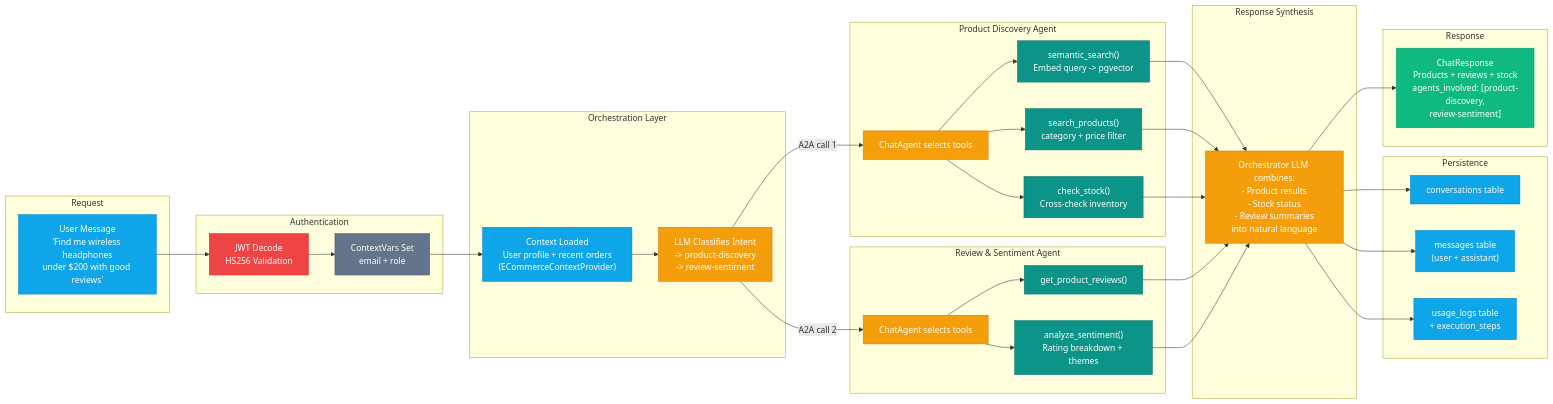
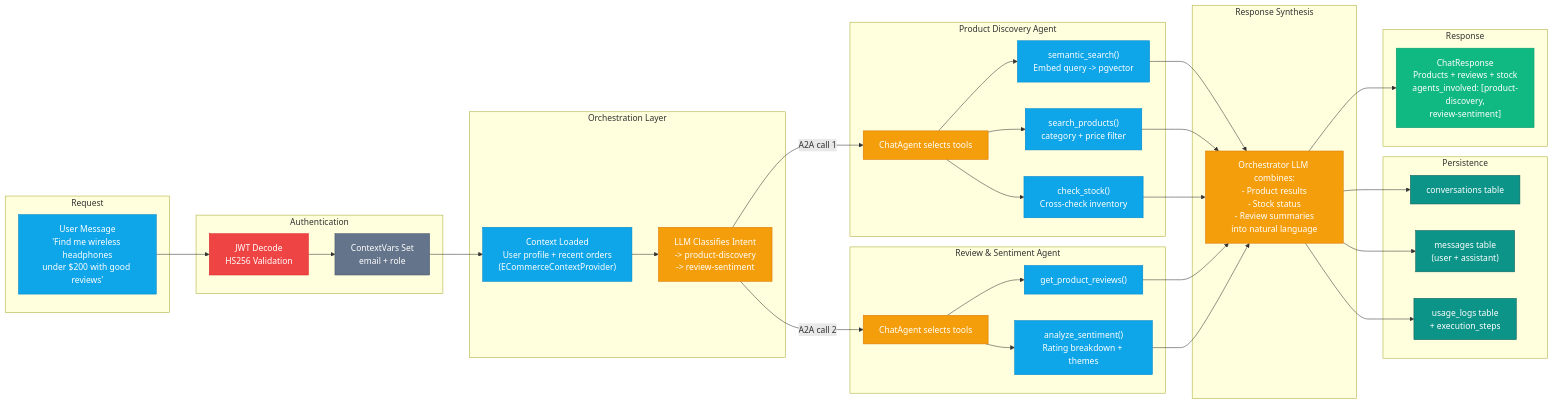
One commit to nitin27may/e-commerce-agents changed the seventh of 7 diagrams in docs/architecture.md. Above: the diagram before and after it, drawn with Mermaid. The commit also changed other lines of this file and 7 other files, not shown here.

````diff
--- a/docs/architecture.md
+++ b/docs/architecture.md
@@ -425,15 +425,15 @@
     style CTX_LOAD fill:#0ea5e9,stroke:#0284c7,color:#fff
     style LLM_ROUTE fill:#f59e0b,stroke:#d97706,color:#fff
     style PD_LLM fill:#f59e0b,stroke:#d97706,color:#fff
-    style PD_SEARCH fill:#0d9488,stroke:#0f766e,color:#fff
-    style PD_FILTER fill:#0d9488,stroke:#0f766e,color:#fff
-    style PD_STOCK fill:#0d9488,stroke:#0f766e,color:#fff
+    style PD_SEARCH fill:#0ea5e9,stroke:#0284c7,color:#fff
+    style PD_FILTER fill:#0ea5e9,stroke:#0284c7,color:#fff
+    style PD_STOCK fill:#0ea5e9,stroke:#0284c7,color:#fff
     style RS_LLM fill:#f59e0b,stroke:#d97706,color:#fff
-    style RS_REVIEWS fill:#0d9488,stroke:#0f766e,color:#fff
-    style RS_SENT fill:#0d9488,stroke:#0f766e,color:#fff
+    style RS_REVIEWS fill:#0ea5e9,stroke:#0284c7,color:#fff
+    style RS_SENT fill:#0ea5e9,stroke:#0284c7,color:#fff
     style COMBINE fill:#f59e0b,stroke:#d97706,color:#fff
-    style CONV fill:#0ea5e9,stroke:#0284c7,color:#fff
-    style MSG fill:#0ea5e9,stroke:#0284c7,color:#fff
-    style USAGE fill:#0ea5e9,stroke:#0284c7,color:#fff
+    style CONV fill:#0d9488,stroke:#115e59,color:#fff
+    style MSG fill:#0d9488,stroke:#115e59,color:#fff
+    style USAGE fill:#0d9488,stroke:#115e59,color:#fff
     style RESP fill:#10b981,stroke:#059669,color:#fff
 ```
````
